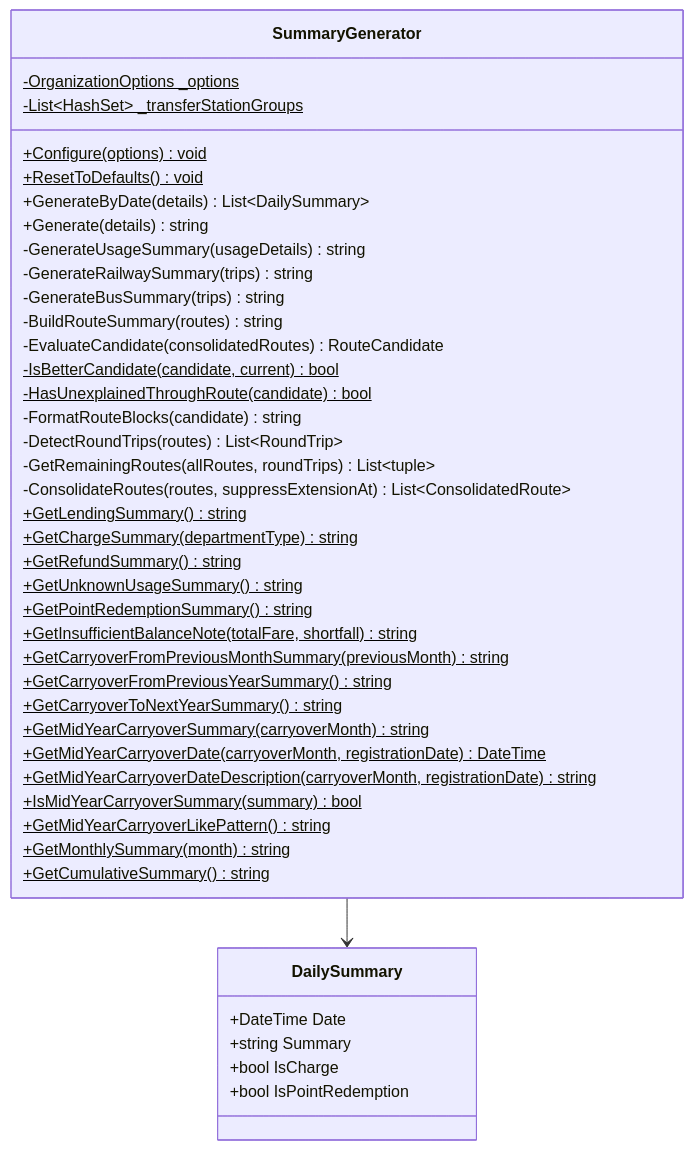
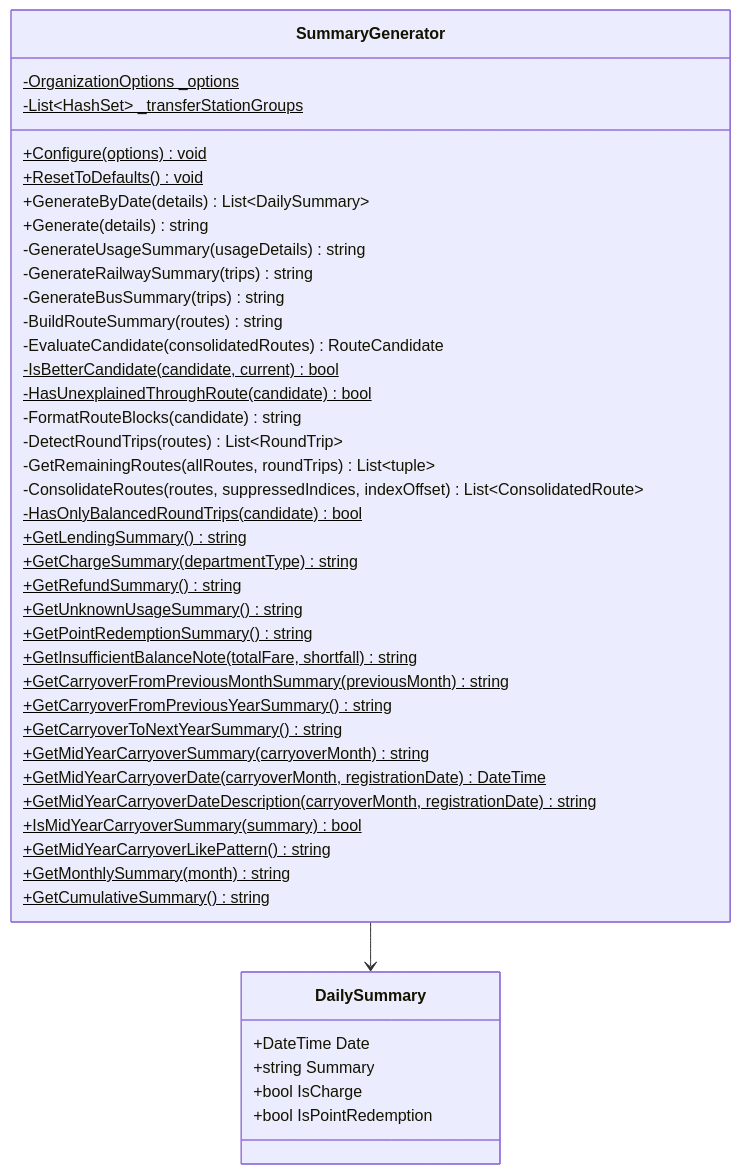
One commit to kuwayamamasayuki/ICCardManager changed the sixth of 52 diagrams in ICCardManager/docs/design/05_クラス設計書.md. Above: the diagram before and after it, drawn with Mermaid. The commit also changed other lines of this file and 6 other files, not shown here.

````diff
--- a/ICCardManager/docs/design/05_クラス設計書.md
+++ b/ICCardManager/docs/design/05_クラス設計書.md
@@ -629,47 +629,48 @@
 ```mermaid
 classDiagram
     class SummaryGenerator {
         -OrganizationOptions _options$
         -List~HashSet~ _transferStationGroups$
         +Configure(options)$ void
         +ResetToDefaults()$ void
         +GenerateByDate(details) List~DailySummary~
         +Generate(details) string
         -GenerateUsageSummary(usageDetails) string
         -GenerateRailwaySummary(trips) string
         -GenerateBusSummary(trips) string
         -BuildRouteSummary(routes) string
         -EvaluateCandidate(consolidatedRoutes) RouteCandidate
         -IsBetterCandidate(candidate, current)$ bool
         -HasUnexplainedThroughRoute(candidate)$ bool
         -FormatRouteBlocks(candidate) string
         -DetectRoundTrips(routes) List~RoundTrip~
         -GetRemainingRoutes(allRoutes, roundTrips) List~tuple~
-        -ConsolidateRoutes(routes, suppressExtensionAt) List~ConsolidatedRoute~
+        -ConsolidateRoutes(routes, suppressedIndices, indexOffset) List~ConsolidatedRoute~
+        -HasOnlyBalancedRoundTrips(candidate)$ bool
         +GetLendingSummary()$ string
         +GetChargeSummary(departmentType)$ string
         +GetRefundSummary()$ string
         +GetUnknownUsageSummary()$ string
         +GetPointRedemptionSummary()$ string
         +GetInsufficientBalanceNote(totalFare, shortfall)$ string
         +GetCarryoverFromPreviousMonthSummary(previousMonth)$ string
         +GetCarryoverFromPreviousYearSummary()$ string
         +GetCarryoverToNextYearSummary()$ string
         +GetMidYearCarryoverSummary(carryoverMonth)$ string
         +GetMidYearCarryoverDate(carryoverMonth, registrationDate)$ DateTime
         +GetMidYearCarryoverDateDescription(carryoverMonth, registrationDate)$ string
         +IsMidYearCarryoverSummary(summary)$ bool
         +GetMidYearCarryoverLikePattern()$ string
         +GetMonthlySummary(month)$ string
         +GetCumulativeSummary()$ string
     }
 
     class DailySummary {
         +DateTime Date
         +string Summary
         +bool IsCharge
         +bool IsPointRedemption
     }
 
     SummaryGenerator --> DailySummary
 ```
````
